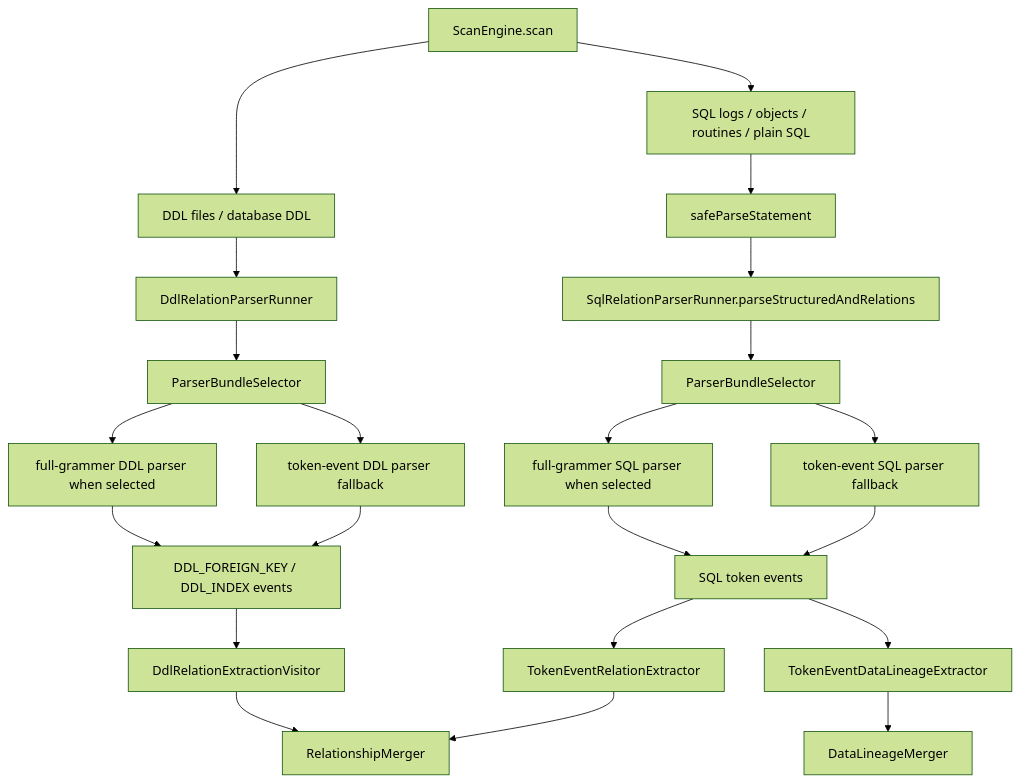
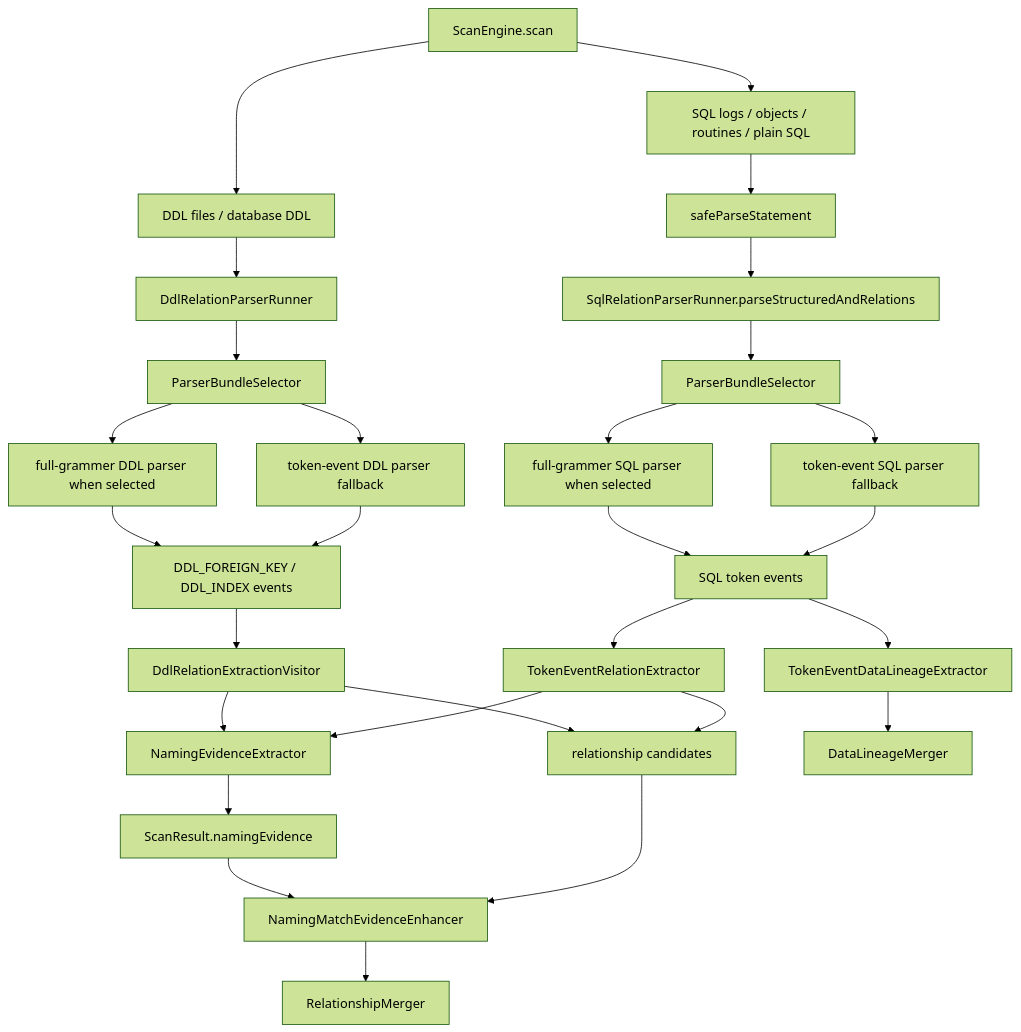
One commit to xiaoguang/relation-detector changed the first of 7 diagrams in docs/design/relation-detector/phase-06-parser-enhancement.md. Above: the diagram before and after it, drawn with Mermaid (forest theme). The commit also changed other lines of this file and 263 other files, not shown here.

````diff
--- a/docs/design/relation-detector/phase-06-parser-enhancement.md
+++ b/docs/design/relation-detector/phase-06-parser-enhancement.md
@@ -199,27 +234,33 @@
 ```mermaid
 flowchart TD
   scan["ScanEngine.scan"]
 
   scan --> ddlInput["DDL files / database DDL"]
   ddlInput --> ddlRunner["DdlRelationParserRunner"]
   ddlRunner --> ddlBundle["ParserBundleSelector"]
   ddlBundle --> ddlFull["full-grammer DDL parser when selected"]
   ddlBundle --> ddlToken["token-event DDL parser fallback"]
   ddlFull --> ddlEvents["DDL_FOREIGN_KEY / DDL_INDEX events"]
   ddlToken --> ddlEvents
   ddlEvents --> ddlRel["DdlRelationExtractionVisitor"]
-  ddlRel --> relMerge["RelationshipMerger"]
+  ddlRel --> namingExtract["NamingEvidenceExtractor"]
+  ddlRel --> relCandidates["relationship candidates"]
 
   scan --> sqlInput["SQL logs / objects / routines / plain SQL"]
   sqlInput --> safeSql["safeParseStatement"]
   safeSql --> sqlRunner["SqlRelationParserRunner.parseStructuredAndRelations"]
   sqlRunner --> sqlBundle["ParserBundleSelector"]
   sqlBundle --> sqlFull["full-grammer SQL parser when selected"]
   sqlBundle --> sqlToken["token-event SQL parser fallback"]
   sqlFull --> sqlEvents["SQL token events"]
   sqlToken --> sqlEvents
   sqlEvents --> lineage["TokenEventDataLineageExtractor"]
   lineage --> lineageMerge["DataLineageMerger"]
   sqlEvents --> sqlRel["TokenEventRelationExtractor"]
-  sqlRel --> relMerge
+  sqlRel --> namingExtract
+  sqlRel --> relCandidates
+  namingExtract --> namingPool["ScanResult.namingEvidence"]
+  namingPool --> namingEnhancer["NamingMatchEvidenceEnhancer"]
+  relCandidates --> namingEnhancer
+  namingEnhancer --> relMerge["RelationshipMerger"]
 ```
````
